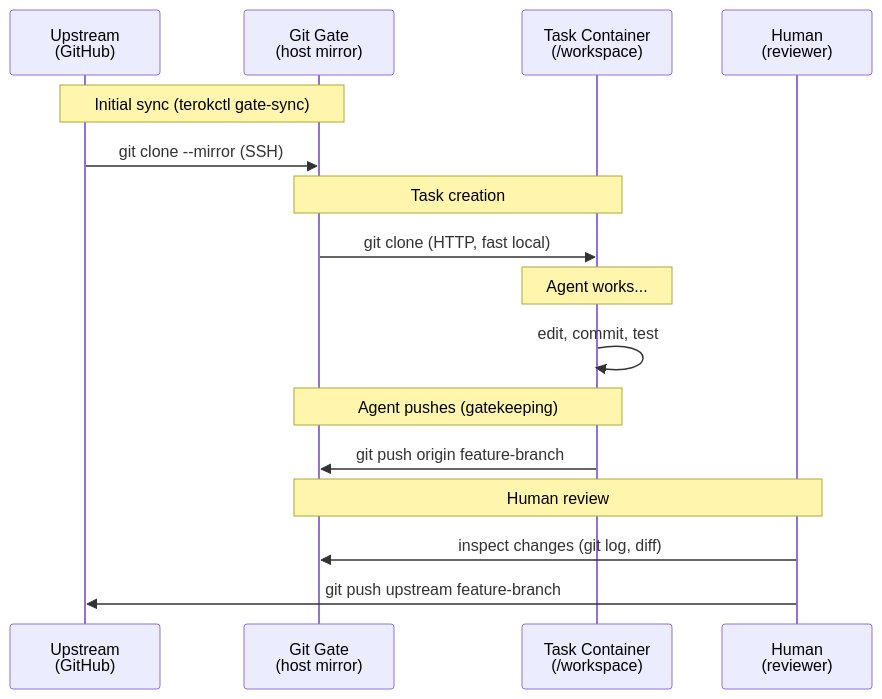
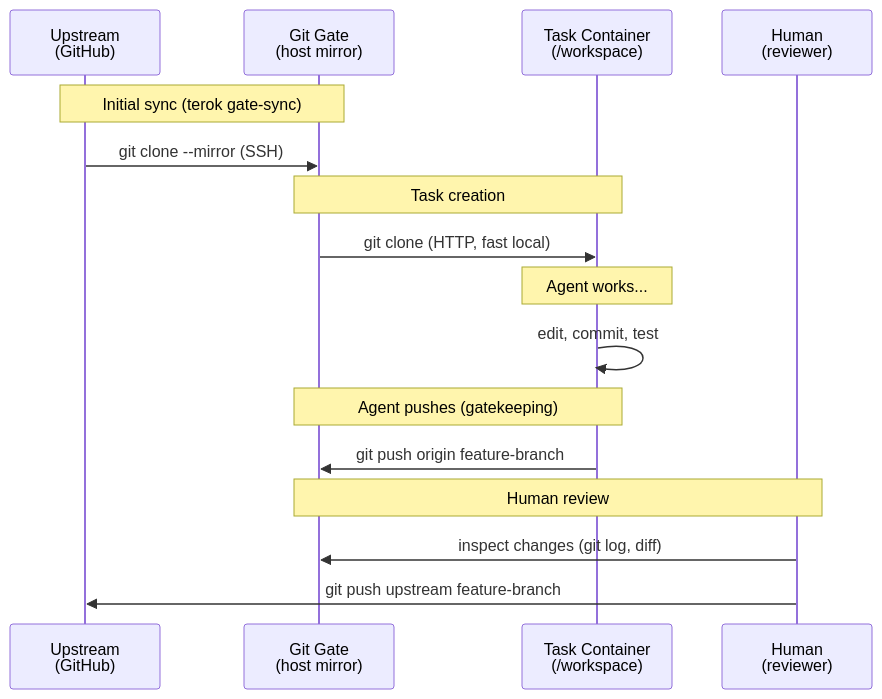
Before and after one commit to sliwowitz/terok: the third of 10 diagrams in docs/concepts.md, drawn with Mermaid. The commit also changed other lines of this file and 57 other files, not shown here.

First line of the commit message:
feat: rename terokctl → terok, terok → terok-tui

````diff
--- a/docs/concepts.md
+++ b/docs/concepts.md
@@ -163,23 +163,23 @@
 ```mermaid
 sequenceDiagram
     participant U as Upstream<br/>(GitHub)
     participant G as Git Gate<br/>(host mirror)
     participant T as Task Container<br/>(/workspace)
     participant H as Human<br/>(reviewer)
 
-    Note over U,G: Initial sync (terokctl gate-sync)
+    Note over U,G: Initial sync (terok gate-sync)
     U->>G: git clone --mirror (SSH)
 
     Note over G,T: Task creation
     G->>T: git clone (HTTP, fast local)
 
     Note over T: Agent works...
     T->>T: edit, commit, test
 
     Note over T,G: Agent pushes (gatekeeping)
     T->>G: git push origin feature-branch
 
     Note over G,H: Human review
     H->>G: inspect changes (git log, diff)
     H->>U: git push upstream feature-branch
 ```
````
